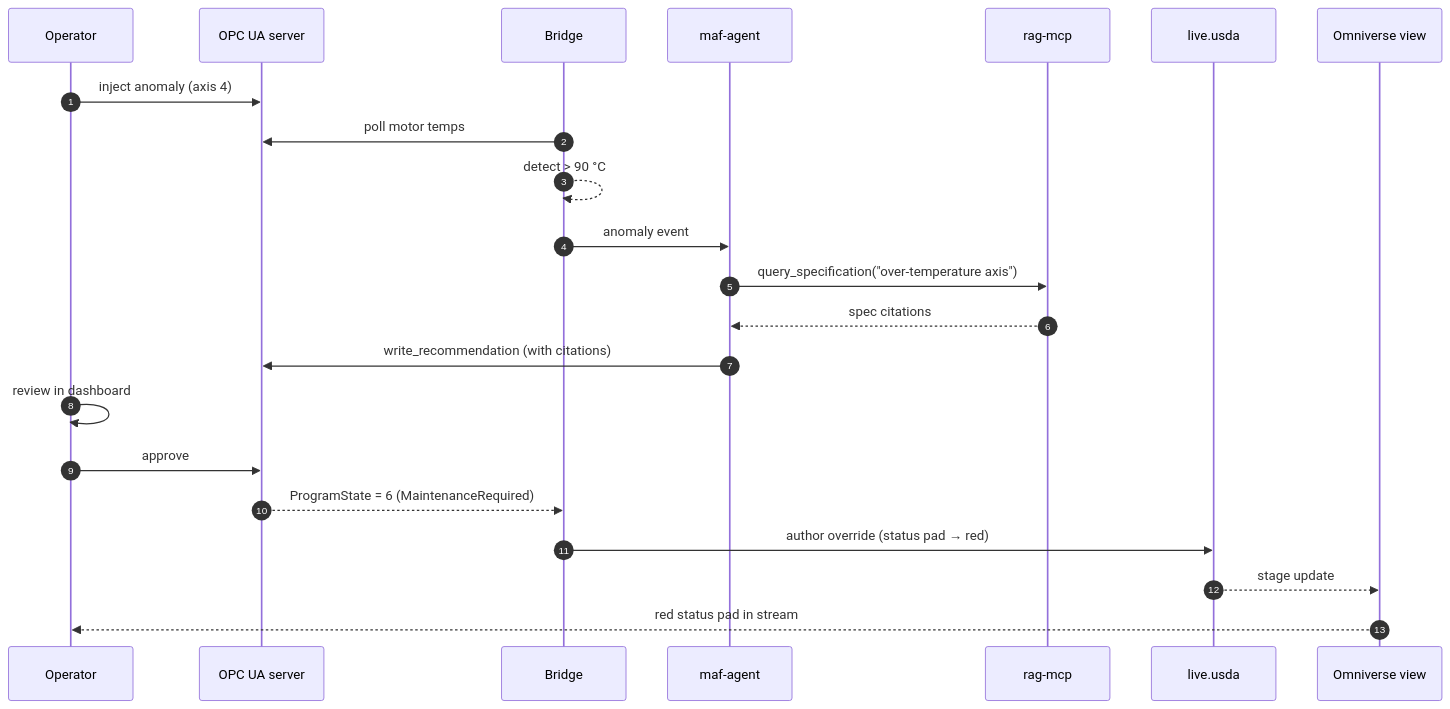
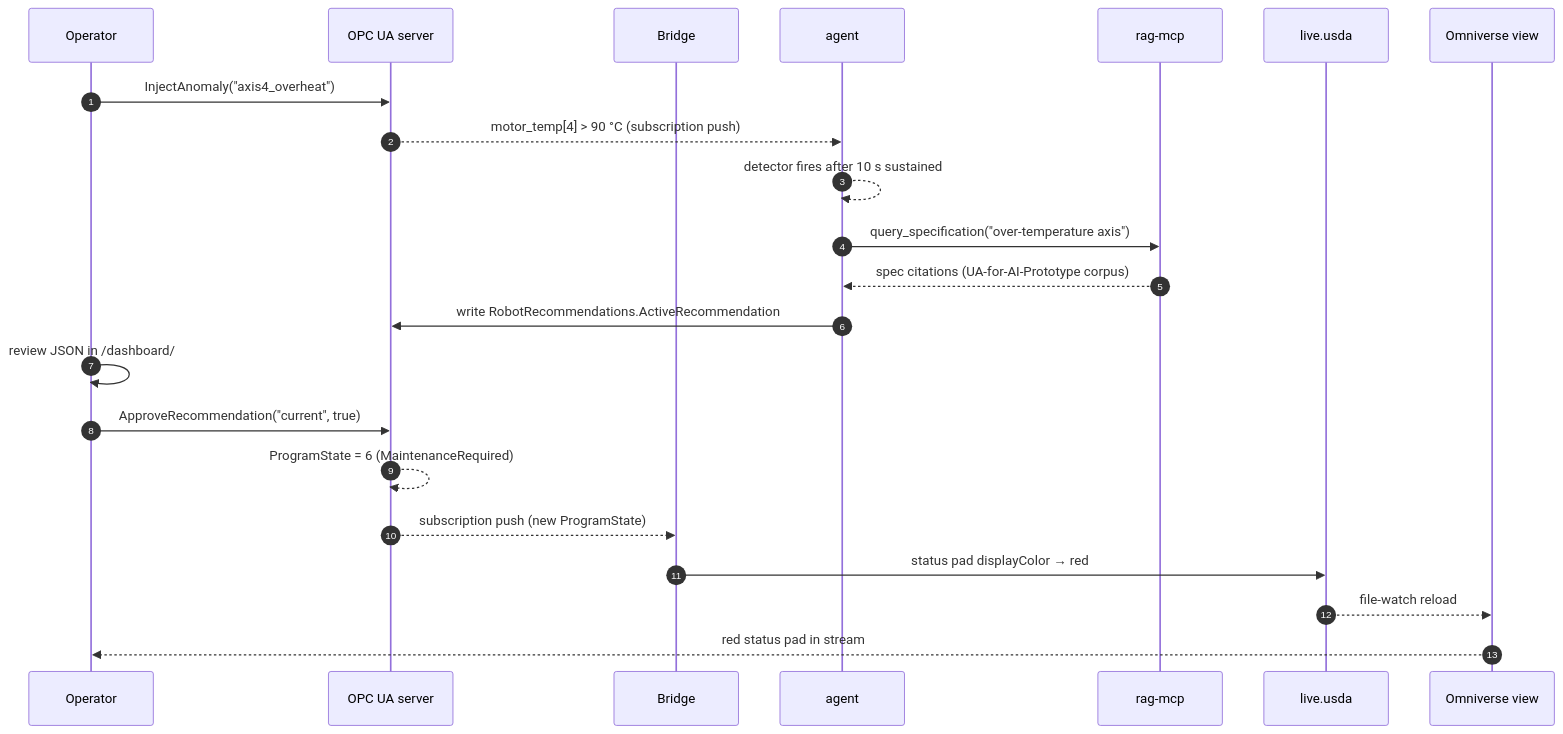
One commit to DittmannAxel/my_experiments changed the second of 2 diagrams in OPCUA-OpenUSD/README.md. Above: the diagram before and after it, drawn with Mermaid. The commit also changed other lines of this file, not shown here.

First line of the commit message:
OPCUA-OpenUSD: README — drop MAF claim, add OPC UA section, mark Phase 4 live

````diff
--- a/OPCUA-OpenUSD/README.md
+++ b/OPCUA-OpenUSD/README.md
@@ -83,25 +143,25 @@
 ```mermaid
 sequenceDiagram
     autonumber
     participant Op as Operator
     participant OPC as OPC UA server
     participant Br as Bridge
-    participant Ag as maf-agent
+    participant Ag as agent
     participant RAG as rag-mcp
     participant USD as live.usda
     participant Kit as Omniverse view
 
-    Op->>OPC: inject anomaly (axis 4)
-    Br->>OPC: poll motor temps
-    Br-->>Br: detect > 90 °C
-    Br->>Ag: anomaly event
+    Op->>OPC: InjectAnomaly("axis4_overheat")
+    OPC-->>Ag: motor_temp[4] > 90 °C (subscription push)
+    Ag-->>Ag: detector fires after 10 s sustained
     Ag->>RAG: query_specification("over-temperature axis")
-    RAG-->>Ag: spec citations
-    Ag->>OPC: write_recommendation (with citations)
-    Op->>Op: review in dashboard
-    Op->>OPC: approve
-    OPC-->>Br: ProgramState = 6 (MaintenanceRequired)
-    Br->>USD: author override (status pad → red)
-    USD-->>Kit: stage update
+    RAG-->>Ag: spec citations (UA-for-AI-Prototype corpus)
+    Ag->>OPC: write RobotRecommendations.ActiveRecommendation
+    Op->>Op: review JSON in /dashboard/
+    Op->>OPC: ApproveRecommendation("current", true)
+    OPC-->>OPC: ProgramState = 6 (MaintenanceRequired)
+    OPC-->>Br: subscription push (new ProgramState)
+    Br->>USD: status pad displayColor → red
+    USD-->>Kit: file-watch reload
     Kit-->>Op: red status pad in stream
 ```
````
